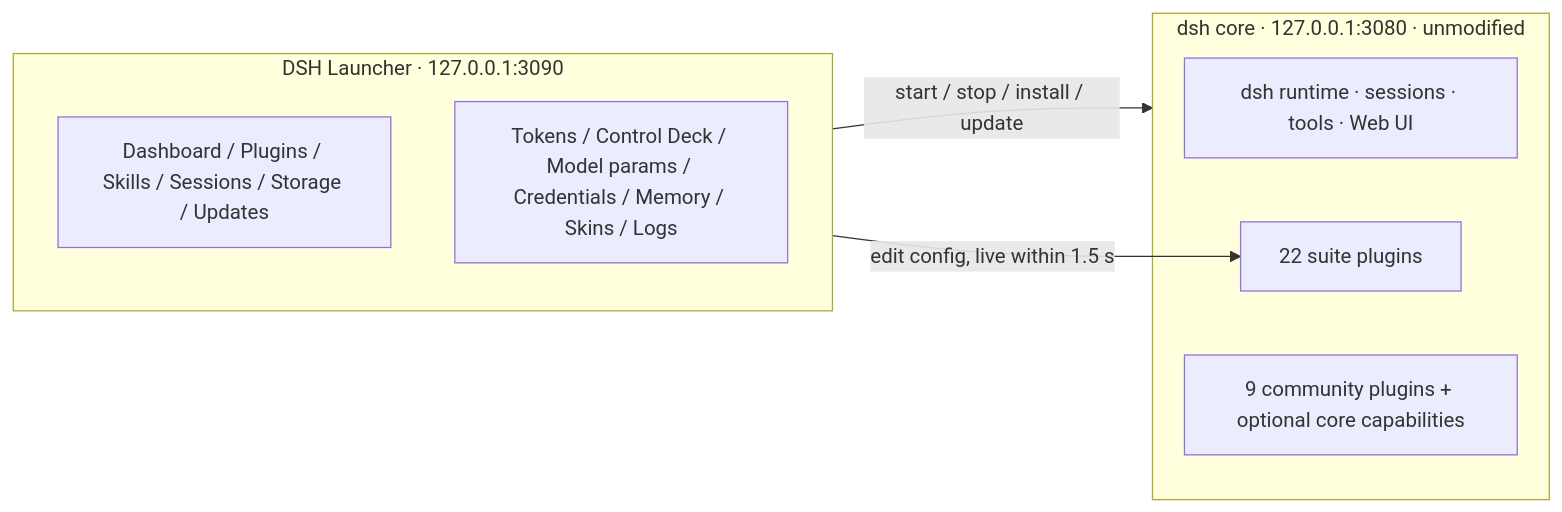
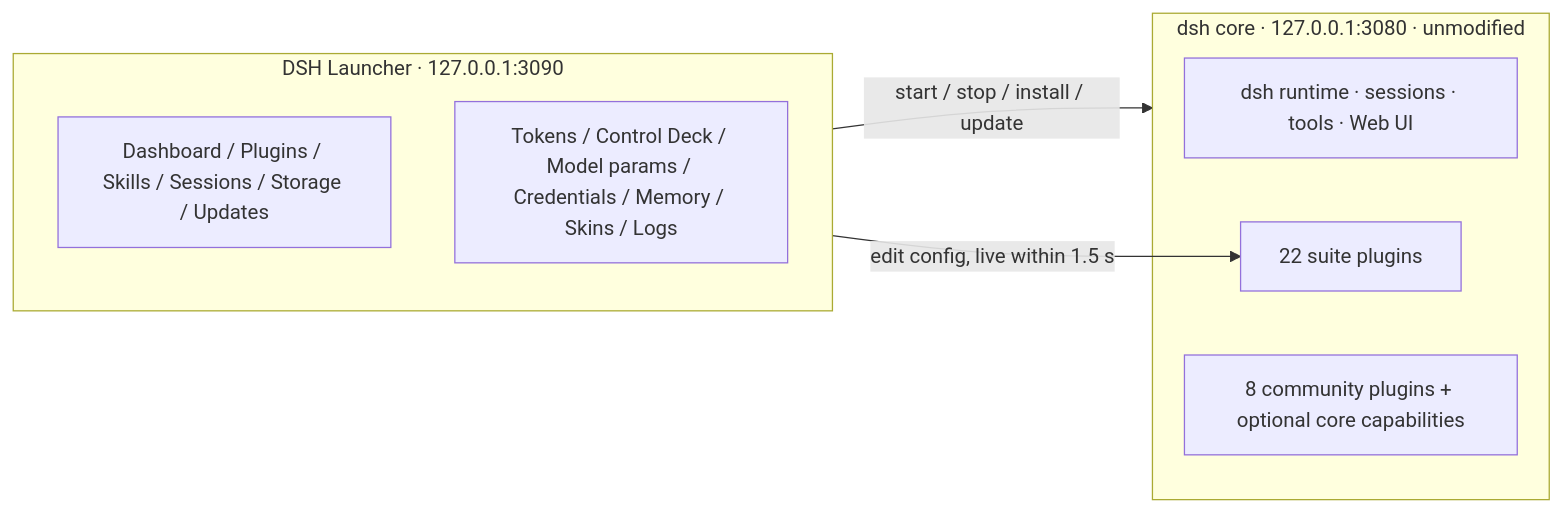
Before and after one commit to WZZNNE/DSH-CyberWorkStation: the first of 2 diagrams in README.md, drawn with Mermaid. The commit also changed other lines of this file and 11255 other files, not shown here.

````diff
--- a/README.md
+++ b/README.md
@@ -56,14 +56,14 @@
 ```mermaid
 flowchart LR
   subgraph L["DSH Launcher · 127.0.0.1:3090"]
     L1["Dashboard / Plugins / Skills / Sessions / Storage / Updates"]
     L2["Tokens / Control Deck / Model params / Credentials / Memory / Skins / Logs"]
   end
   subgraph D["dsh core · 127.0.0.1:3080 · unmodified"]
     D0["dsh runtime · sessions · tools · Web UI"]
     D1["22 suite plugins"]
-    D2["9 community plugins + optional core capabilities"]
+    D2["8 community plugins + optional core capabilities"]
   end
   L -- "start / stop / install / update" --> D
   L -- "edit config, live within 1.5 s" --> D1
 ```
````
